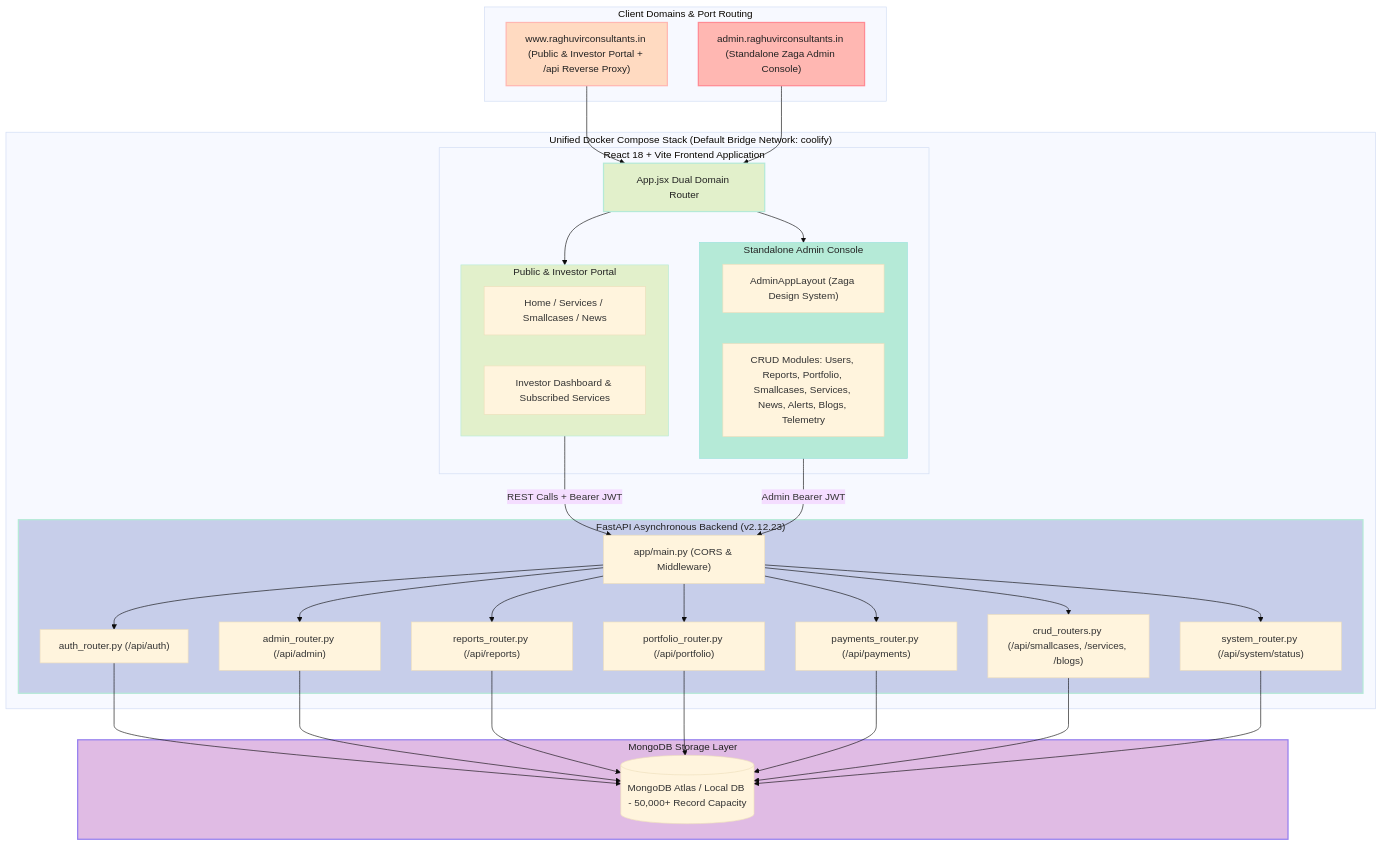
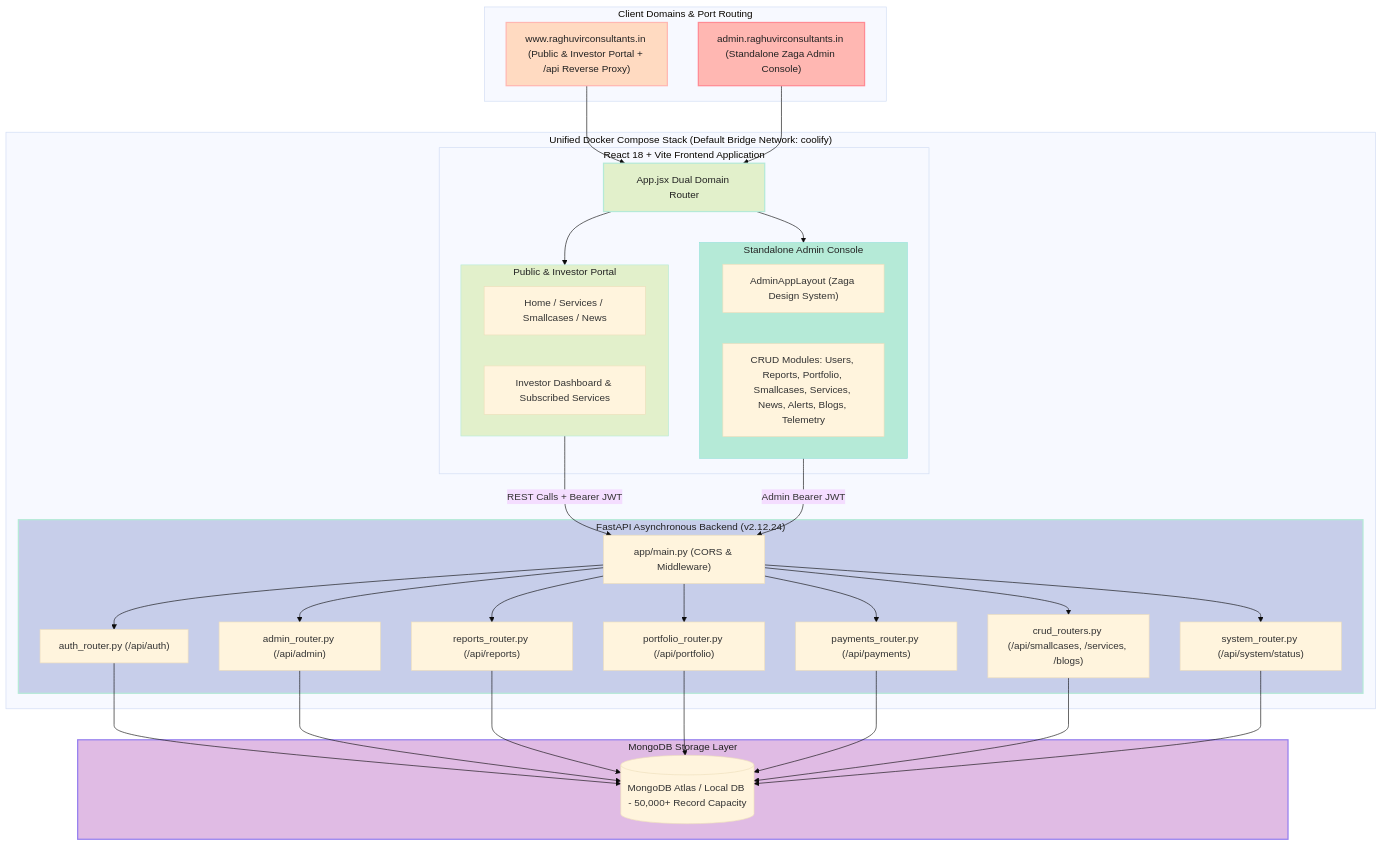
Before and after one commit to tejasrsuthar/raghuvirconsultants-site: the first of 2 diagrams in backend/docs/ARCHITECTURE.md, drawn with Mermaid (base theme). The commit also changed other lines of this file and 10 other files, not shown here.

````diff
--- a/backend/docs/ARCHITECTURE.md
+++ b/backend/docs/ARCHITECTURE.md
@@ -14,72 +14,72 @@
 ```mermaid
 graph TD
     subgraph ClientDomains["Client Domains & Port Routing"]
         PublicDomain["www.raghuvirconsultants.in (Public & Investor Portal + /api Reverse Proxy)"]
         AdminDomain["admin.raghuvirconsultants.in (Standalone Zaga Admin Console)"]
     end
 
     subgraph ComposeStack["Unified Docker Compose Stack (Default Bridge Network: coolify)"]
         subgraph ReactFrontend["React 18 + Vite Frontend Application"]
             AppRouter["App.jsx Dual Domain Router"]
             
             subgraph PublicPortal["Public & Investor Portal"]
               PublicViews["Home / Services / Smallcases / News"]
               InvestorPortal["Investor Dashboard & Subscribed Services"]
             end
 
             subgraph ZagaAdmin["Standalone Admin Console"]
               AdminLayout["AdminAppLayout (Zaga Design System)"]
               AdminModules["CRUD Modules: Users, Reports, Portfolio, Smallcases, Services, News, Alerts, Blogs, Telemetry"]
             end
         end
 
-        subgraph FastAPIServer["FastAPI Asynchronous Backend (v2.12.23)"]
+        subgraph FastAPIServer["FastAPI Asynchronous Backend (v2.12.24)"]
             API["app/main.py (CORS & Middleware)"]
             AuthRouter["auth_router.py (/api/auth)"]
             AdminRouter["admin_router.py (/api/admin)"]
             ReportsRouter["reports_router.py (/api/reports)"]
             PortfolioRouter["portfolio_router.py (/api/portfolio)"]
             PaymentsRouter["payments_router.py (/api/payments)"]
             CRUDRouters["crud_routers.py (/api/smallcases, /services, /blogs)"]
             SystemRouter["system_router.py (/api/system/status)"]
         end
     end
 
     subgraph DataStore["MongoDB Storage Layer"]
         MongoDB[(MongoDB Atlas / Local DB - 50,000+ Record Capacity)]
     end
 
     PublicDomain --> AppRouter
     AdminDomain --> AppRouter
 
     AppRouter --> PublicPortal
     AppRouter --> ZagaAdmin
 
     PublicPortal -->|REST Calls + Bearer JWT| API
     ZagaAdmin -->|Admin Bearer JWT| API
 
     API --> AuthRouter
     API --> AdminRouter
     API --> ReportsRouter
     API --> PortfolioRouter
     API --> PaymentsRouter
     API --> CRUDRouters
     API --> SystemRouter
 
     AuthRouter --> MongoDB
     AdminRouter --> MongoDB
     ReportsRouter --> MongoDB
     PortfolioRouter --> MongoDB
     PaymentsRouter --> MongoDB
     CRUDRouters --> MongoDB
     SystemRouter --> MongoDB
 
     %% Pastel Color Palette Styling
     style PublicDomain fill:#FFDAC1,stroke:#FFB7B2,stroke-width:2px,color:#222;
     style AdminDomain fill:#FFB7B2,stroke:#FF8B94,stroke-width:2px,color:#222;
     style AppRouter fill:#E2F0CB,stroke:#B5EAD7,stroke-width:2px,color:#222;
     style PublicPortal fill:#E2F0CB,stroke:#B5EAD7,stroke-width:1px,color:#222;
     style ZagaAdmin fill:#B5EAD7,stroke:#93E1D8,stroke-width:1px,color:#222;
     style FastAPIServer fill:#C7CEEA,stroke:#B5EAD7,stroke-width:2px,color:#222;
     style DataStore fill:#E0BBE4,stroke:#957FEF,stroke-width:2px,color:#222;
 ```
````
